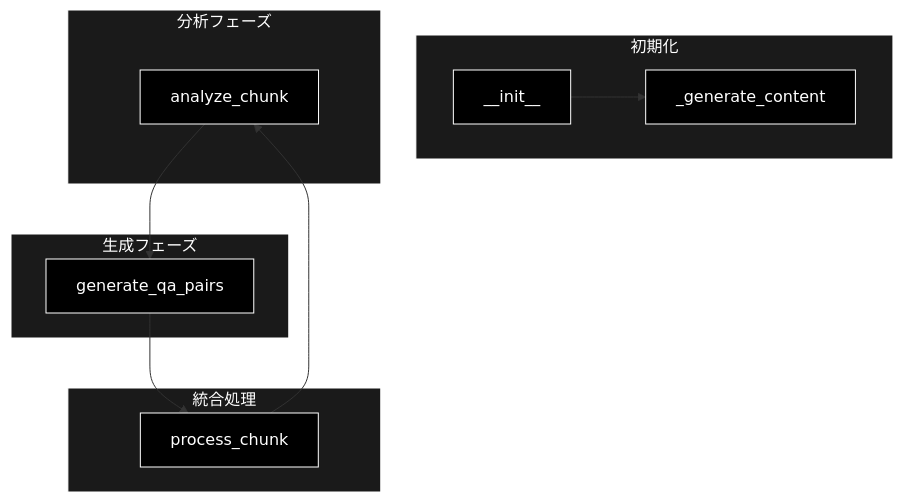
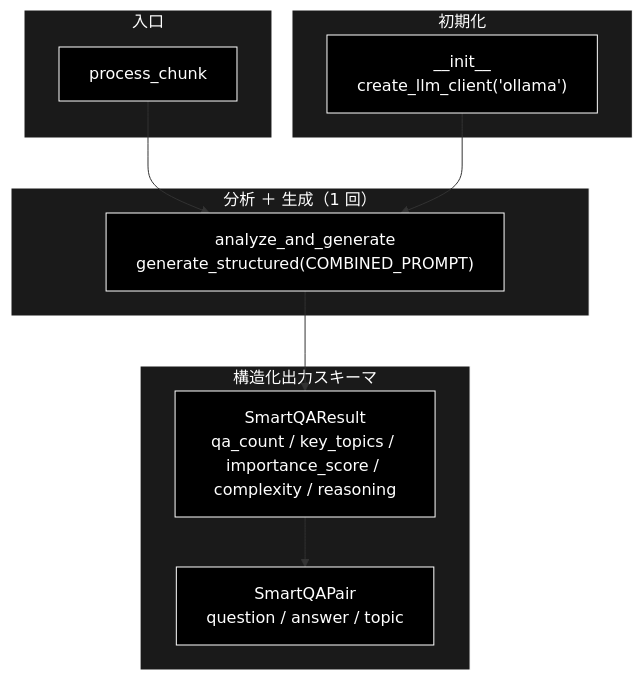
One commit to nakashima2toshio/grace_v2_local changed the fourth of 8 diagrams in qa_qdrant/docs/make_qa_qapipeline.md. Above: the diagram before and after it, drawn with Mermaid. The commit also changed other lines of this file and 12 other files, not shown here.

````diff
--- a/qa_qdrant/docs/make_qa_qapipeline.md
+++ b/qa_qdrant/docs/make_qa_qapipeline.md
@@ -194,31 +204,31 @@
 ```mermaid
 flowchart TB
     subgraph INIT["初期化"]
-        INIT_CLIENT[__init__]
-        GEN_CONTENT[_generate_content]
+        INIT_CLIENT["__init__<br>create_llm_client('ollama')"]
     end
 
-    subgraph ANALYZE["分析フェーズ"]
-        ANALYZE_CHUNK[analyze_chunk]
+    subgraph SCHEMA["構造化出力スキーマ"]
+        RESULT_SCHEMA["SmartQAResult<br>qa_count / key_topics / importance_score / complexity / reasoning"]
+        PAIR_SCHEMA["SmartQAPair<br>question / answer / topic"]
     end
 
-    subgraph GENERATE["生成フェーズ"]
-        GEN_QA[generate_qa_pairs]
+    subgraph GENERATE["分析 ＋ 生成（1 回）"]
+        ANALYZE_GEN["analyze_and_generate<br>generate_structured(COMBINED_PROMPT)"]
     end
 
-    subgraph COMBINED["統合処理"]
+    subgraph COMBINED["入口"]
         PROCESS[process_chunk]
     end
 
-    INIT_CLIENT --> GEN_CONTENT
-    PROCESS --> ANALYZE_CHUNK
-    ANALYZE_CHUNK --> GEN_QA
-    GEN_QA --> PROCESS
+    PROCESS --> ANALYZE_GEN
+    INIT_CLIENT --> ANALYZE_GEN
+    ANALYZE_GEN --> RESULT_SCHEMA
+    RESULT_SCHEMA --> PAIR_SCHEMA
 classDef default fill:#000,stroke:#fff,color:#fff
 classDef subgraphStyle fill:#1a1a1a,stroke:#fff,color:#fff
-class INIT_CLIENT,GEN_CONTENT,ANALYZE_CHUNK,GEN_QA,PROCESS default
+class INIT_CLIENT,RESULT_SCHEMA,PAIR_SCHEMA,ANALYZE_GEN,PROCESS default
 style INIT fill:#1a1a1a,stroke:#fff,color:#fff
-style ANALYZE fill:#1a1a1a,stroke:#fff,color:#fff
+style SCHEMA fill:#1a1a1a,stroke:#fff,color:#fff
 style GENERATE fill:#1a1a1a,stroke:#fff,color:#fff
 style COMBINED fill:#1a1a1a,stroke:#fff,color:#fff
 ```
````
